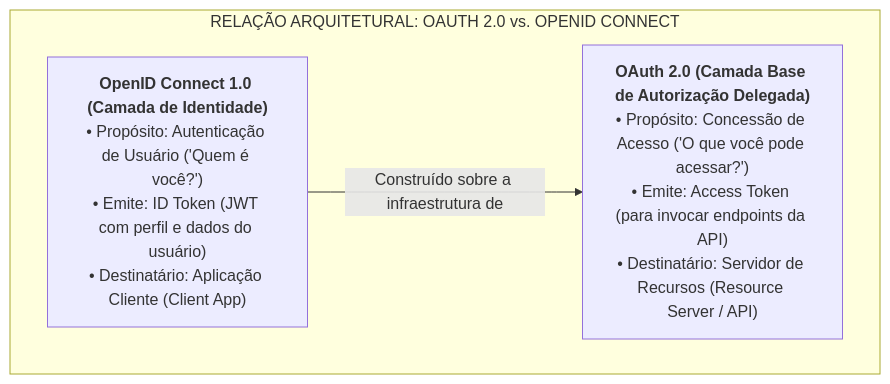
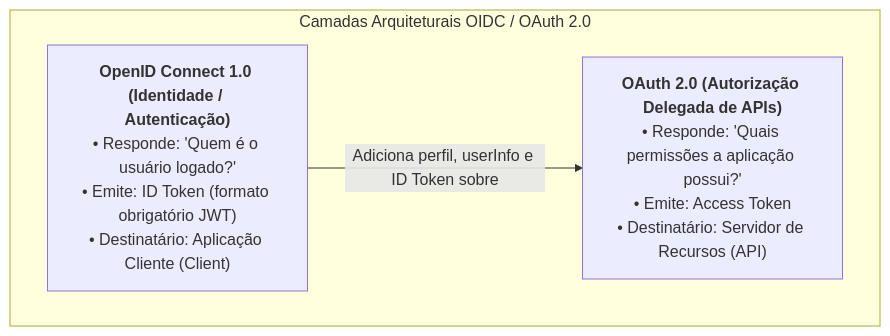
Before and after one commit to thiagosantos346/TCE-GO-2027: the fifth of 7 diagrams in fontes_de_estudo/conhecimentos_especificos_b02_ti/05_desenvolvimento_de_sistemas/05_autenticacao_identidade_oauth2_oidc_jwt.md, drawn with Mermaid. The commit also changed other lines of this file and 119 other files, not shown here.

````diff
--- a/fontes_de_estudo/conhecimentos_especificos_b02_ti/05_desenvolvimento_de_sistemas/05_autenticacao_identidade_oauth2_oidc_jwt.md
+++ b/fontes_de_estudo/conhecimentos_especificos_b02_ti/05_desenvolvimento_de_sistemas/05_autenticacao_identidade_oauth2_oidc_jwt.md
@@ -149,8 +197,8 @@
 ```mermaid
 flowchart TD
-    subgraph ArquiteturaOIDC["RELAÇÃO ARQUITETURAL: OAUTH 2.0 vs. OPENID CONNECT"]
-        OIDC["<b>OpenID Connect 1.0 (Camada de Identidade)</b><br/>• Propósito: Autenticação de Usuário ('Quem é você?')<br/>• Emite: ID Token (JWT com perfil e dados do usuário)<br/>• Destinatário: Aplicação Cliente (Client App)"]
-        OAuth["<b>OAuth 2.0 (Camada Base de Autorização Delegada)</b><br/>• Propósito: Concessão de Acesso ('O que você pode acessar?')<br/>• Emite: Access Token (para invocar endpoints da API)<br/>• Destinatário: Servidor de Recursos (Resource Server / API)"]
+    subgraph OIDC_Stack["Camadas Arquiteturais OIDC / OAuth 2.0"]
+        OIDC["<b>OpenID Connect 1.0 (Identidade / Autenticação)</b><br/>• Responde: 'Quem é o usuário logado?'<br/>• Emite: ID Token (formato obrigatório JWT)<br/>• Destinatário: Aplicação Cliente (Client)"]
+        OAuth["<b>OAuth 2.0 (Autorização Delegada de APIs)</b><br/>• Responde: 'Quais permissões a aplicação possui?'<br/>• Emite: Access Token<br/>• Destinatário: Servidor de Recursos (API)"]
     end
-    OIDC -->|Construído sobre a infraestrutura de| OAuth
+    OIDC -->|Adiciona perfil, userInfo e ID Token sobre| OAuth
 ```
````
